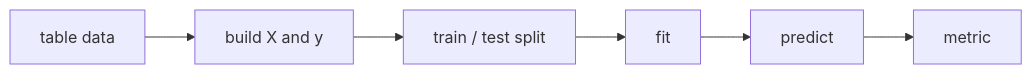
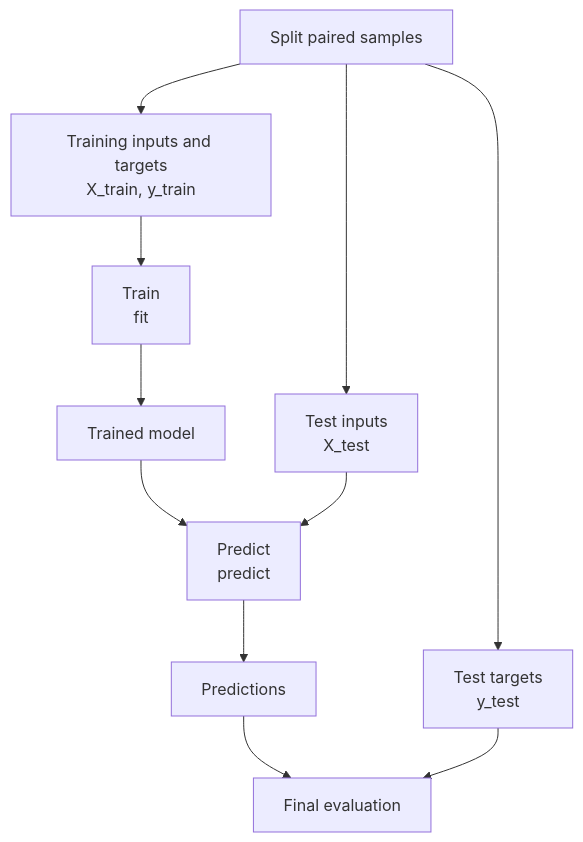
One commit to devchan64/AiBook changed the diagram in docs/assets/part-02/chapter-15/ml-reading-flow-en.mmd. Above: the diagram before and after it, drawn with Mermaid. The commit also changed 22 other files, not shown here.

```diff
--- a/docs/assets/part-02/chapter-15/ml-reading-flow-en.mmd
+++ b/docs/assets/part-02/chapter-15/ml-reading-flow-en.mmd
@@ -1,9 +1,14 @@
-flowchart LR
-    table["table data"]
-    xy["build X and y"]
-    split["train / test split"]
-    fit["fit"]
-    predict["predict"]
-    metric["metric"]
+flowchart TD
+  A["Split paired samples"]
+  B["Training inputs and targets<br/>X_train, y_train"]
+  C["Train<br/>fit"]
+  D["Trained model"]
+  E["Test inputs<br/>X_test"]
+  F["Predict<br/>predict"]
+  G["Predictions"]
+  H["Test targets<br/>y_test"]
+  I["Final evaluation"]
 
-    table --> xy --> split --> fit --> predict --> metric
+  A --> B --> C --> D --> F --> G --> I
+  A --> E --> F
+  A --> H --> I
```
